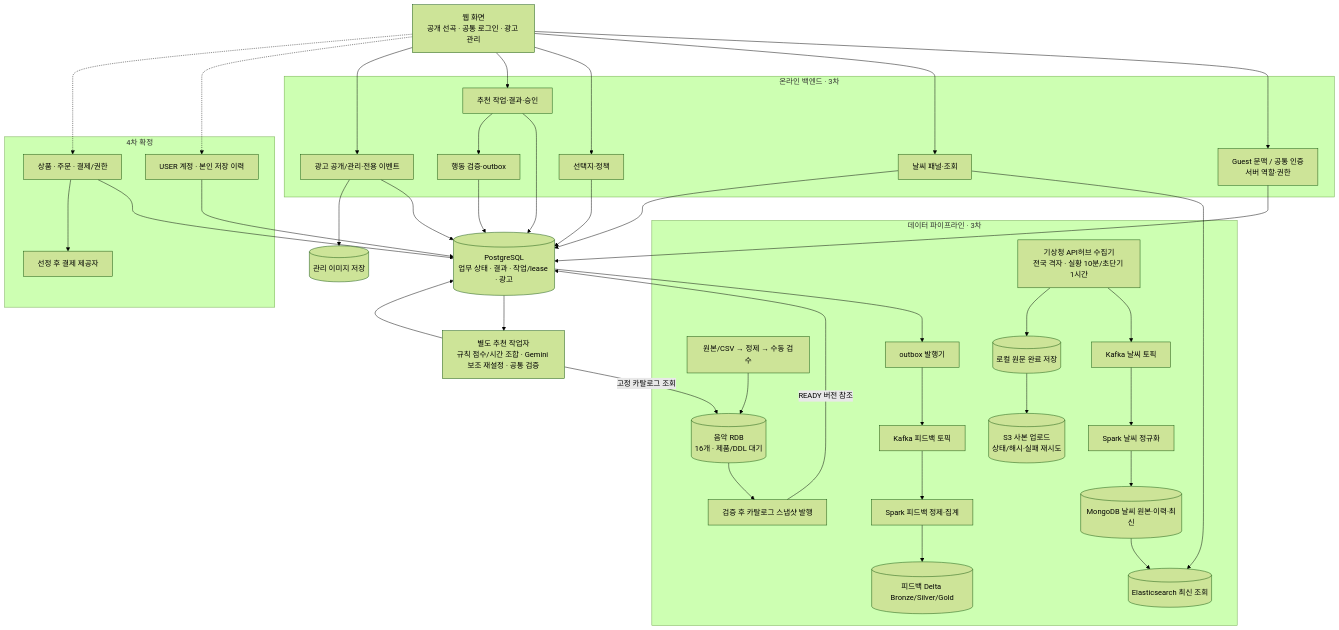
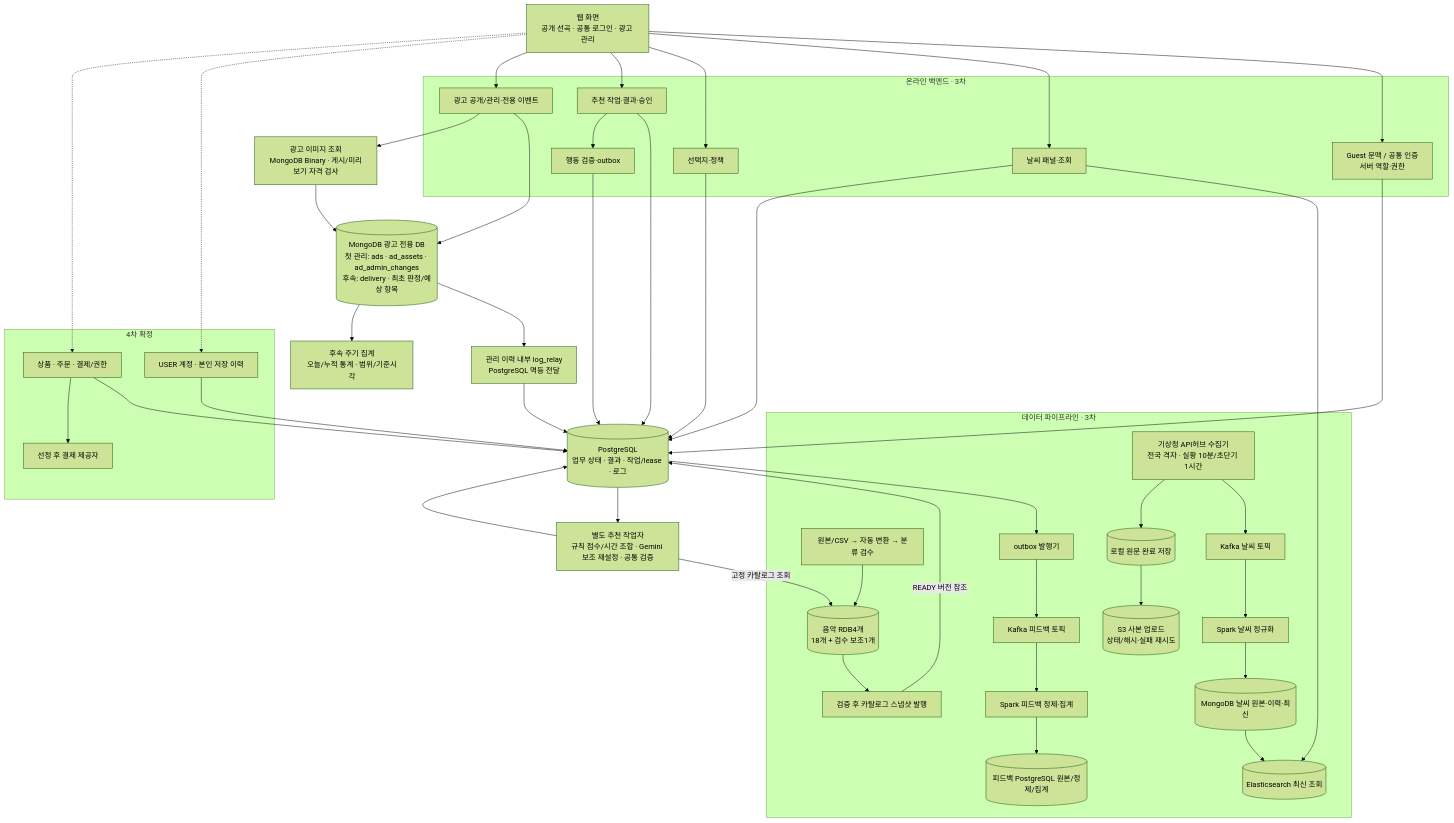
Before and after one commit to encore-ai-campus/mlo-01-p3-team1: the first of 8 diagrams in docs/product/카페_음악_서비스_구현_설계도.md, drawn with Mermaid (forest theme). The commit also changed other lines of this file and 36 other files, not shown here.

````diff
--- a/docs/product/카페_음악_서비스_구현_설계도.md
+++ b/docs/product/카페_음악_서비스_구현_설계도.md
@@ -126,53 +142,57 @@
 ```mermaid
 flowchart TB
     WEB["웹 화면<br/>공개 선곡 · 공통 로그인 · 광고 관리"]
     subgraph API["온라인 백엔드 · 3차"]
         AUTH["Guest 문맥 / 공통 인증<br/>서버 역할·권한"]
         WEATHER["날씨 패널·조회"]
         OPTIONS["선택지·정책"]
         REC["추천 작업·결과·승인"]
         FEEDBACK["행동 검증·outbox"]
         ADS["광고 공개/관리·전용 이벤트"]
     end
-    DB[("PostgreSQL<br/>업무 상태 · 결과 · 작업/lease · 광고")]
+    DB[("PostgreSQL<br/>업무 상태 · 결과 · 작업/lease · 로그")]
+    ADDB[("MongoDB 광고 전용 DB<br/>첫 관리: ads · ad_assets · ad_admin_changes<br/>후속: delivery · 최초 판정/예상 항목")]
+    ADLOG["관리 이력 내부 log_relay<br/>PostgreSQL 멱등 전달"]
+    ADAGG["후속 주기 집계<br/>오늘/누적 통계 · 범위/기준시각"]
     WORKER["별도 추천 작업자<br/>규칙 점수/시간 조합 · Gemini 보조 재설정 · 공통 검증"]
-    FILES[("관리 이미지 저장")]
+    FILES["광고 이미지 조회<br/>MongoDB Binary · 게시/미리보기 자격 검사"]
     subgraph PIPE["데이터 파이프라인 · 3차"]
-        MUSIC["원본/CSV → 정제 → 수동 검수"] --> MUSICDB[("음악 RDB<br/>16개 · 제품/DDL 대기")]
+        MUSIC["원본/CSV → 자동 변환 → 분류 검수"] --> MUSICDB[("음악 RDB4개<br/>18개 + 검수 보조1개")]
         PUBLISH["검증 후 카탈로그 스냅샷 발행"]
         KMA["기상청 API허브 수집기<br/>전국 격자 · 실황 10분/초단기 1시간"] --> WKAFKA["Kafka 날씨 토픽"]
         WKAFKA --> WSPARK["Spark 날씨 정규화"]
         WSPARK --> WMONGO[("MongoDB 날씨 원본·이력·최신")]
         KMA --> WRAW[("로컬 원문 완료 저장")]
         WRAW --> S3RAW[("S3 사본 업로드<br/>상태/해시·실패 재시도")]
         WMONGO --> WES[("Elasticsearch 최신 조회")]
         FKAFKA["Kafka 피드백 토픽"] --> FSPARK["Spark 피드백 정제·집계"]
-        FSPARK --> FDELTA[("피드백 Delta Bronze/Silver/Gold")]
+        FSPARK --> FDELTA[("피드백 PostgreSQL 원본/정제/집계")]
         RELAY["outbox 발행기"]
     end
     subgraph FOUR["4차 확정"]
         USER["USER 계정 · 본인 저장 이력"]
         PAYMENT["상품 · 주문 · 결제/권한"]
         PROVIDER["선정 후 결제 제공자"]
     end
     WEB --> AUTH
     WEB --> WEATHER
     WEB --> OPTIONS
     WEB --> REC
     WEB --> ADS
     AUTH --> DB
     WEATHER --> WES
     WEATHER --> DB
     OPTIONS --> DB
     REC --> DB
     REC --> FEEDBACK --> DB
-    ADS --> DB
-    ADS --> FILES
+    ADS --> ADDB --> ADLOG --> DB
+    ADDB --> ADAGG
+    ADS --> FILES --> ADDB
     DB --> WORKER --> DB
     MUSICDB --> PUBLISH -->|READY 버전 참조| DB
     WORKER -->|고정 카탈로그 조회| MUSICDB
     DB --> RELAY --> FKAFKA
     WEB -.-> USER --> DB
     WEB -.-> PAYMENT --> DB
     PAYMENT --> PROVIDER
 ```
````
